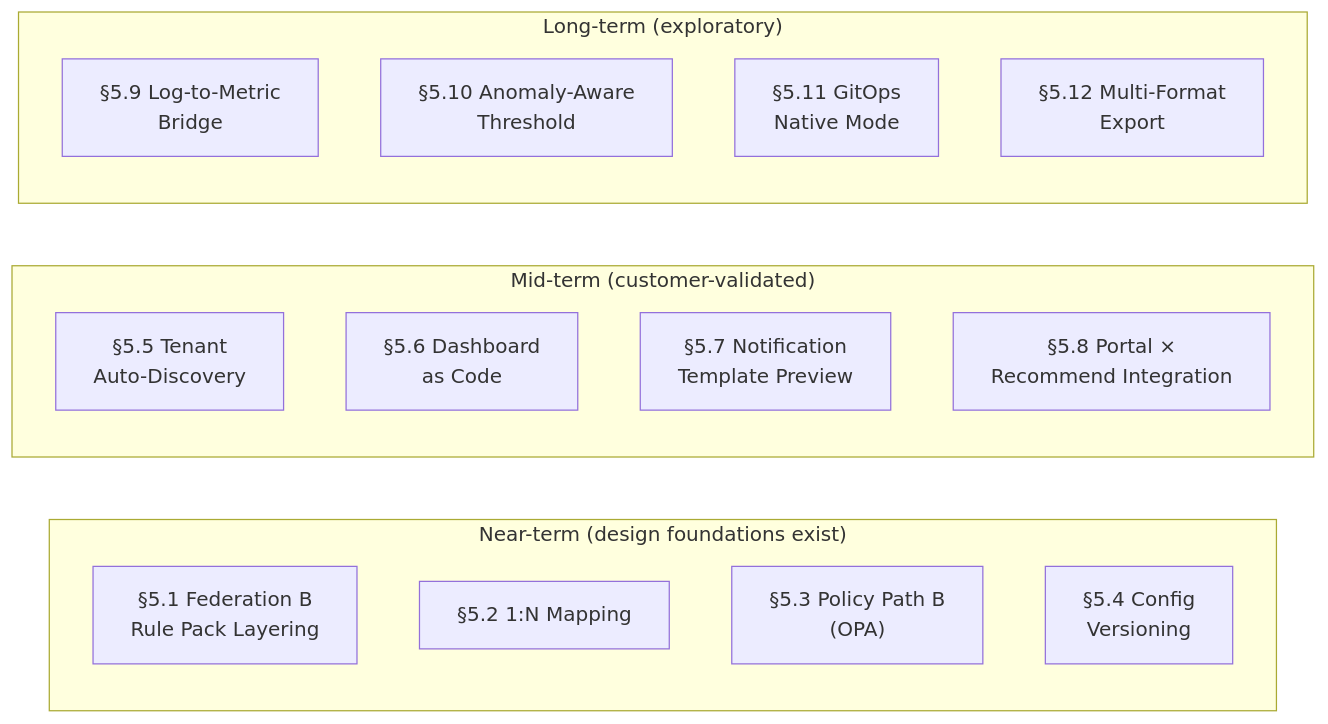
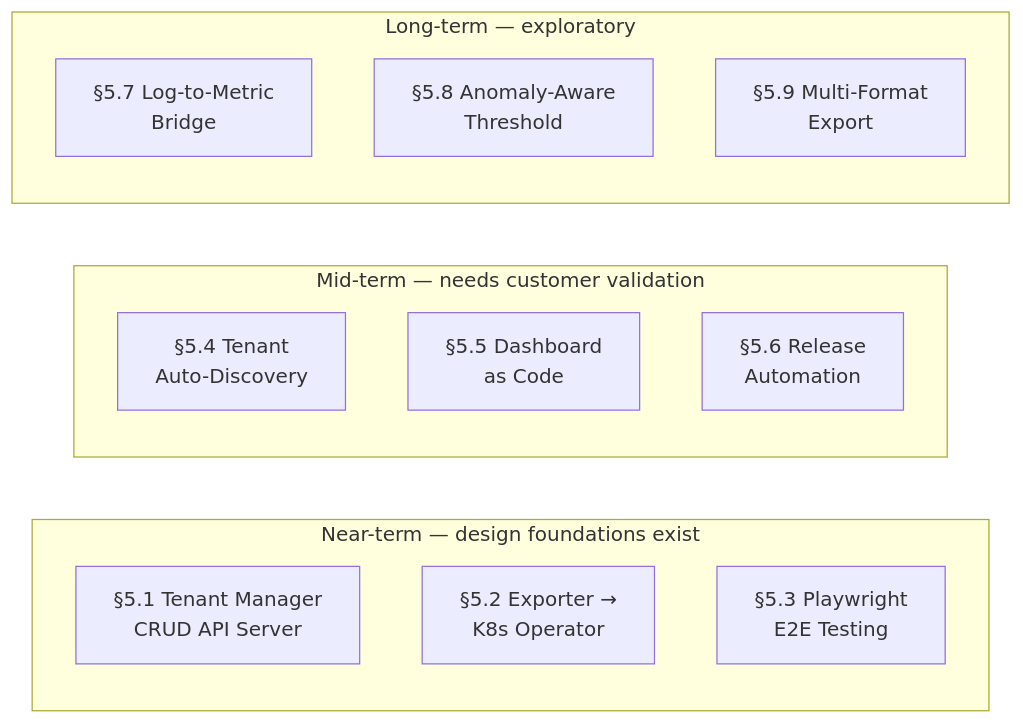
The sixth of 6 diagrams in docs/architecture-and-design.en.md (vencil/Dynamic-Alerting-Integrations), drawn with Mermaid before and after one commit. The commit also changed other lines of this file and 189 other files, not shown here.

First line of the commit message:
feat: v2.3.0 — Operator-Native Integration, Management UI, Platform Maturity

````diff
--- a/docs/architecture-and-design.en.md
+++ b/docs/architecture-and-design.en.md
@@ -976,21 +976,18 @@
 ```mermaid
 graph LR
-    subgraph Near["Near-term (design foundations exist)"]
-        FB["§5.1 Federation B<br/>Rule Pack Layering"]
-        NM["§5.2 1:N Mapping"]
-        PB["§5.3 Policy Path B<br/>(OPA)"]
-        CV["§5.4 Config<br/>Versioning"]
+    subgraph Near["Near-term — design foundations exist"]
+        API["§5.1 Tenant Manager<br/>CRUD API Server"]
+        OP["§5.2 Exporter →<br/>K8s Operator"]
+        PW["§5.3 Playwright<br/>E2E Testing"]
     end
-    subgraph Mid["Mid-term (customer-validated)"]
-        AD["§5.5 Tenant<br/>Auto-Discovery"]
-        GD["§5.6 Dashboard<br/>as Code"]
-        TP["§5.7 Notification<br/>Template Preview"]
-        PR["§5.8 Portal ×<br/>Recommend Integration"]
+    subgraph Mid["Mid-term — needs customer validation"]
+        AD["§5.4 Tenant<br/>Auto-Discovery"]
+        GD["§5.5 Dashboard<br/>as Code"]
+        RA["§5.6 Release<br/>Automation"]
     end
-    subgraph Far["Long-term (exploratory)"]
-        LM["§5.9 Log-to-Metric<br/>Bridge"]
-        AM["§5.10 Anomaly-Aware<br/>Threshold"]
-        GT["§5.11 GitOps<br/>Native Mode"]
-        MF["§5.12 Multi-Format<br/>Export"]
+    subgraph Far["Long-term — exploratory"]
+        LM["§5.7 Log-to-Metric<br/>Bridge"]
+        AM["§5.8 Anomaly-Aware<br/>Threshold"]
+        MF["§5.9 Multi-Format<br/>Export"]
     end
 ```
````
